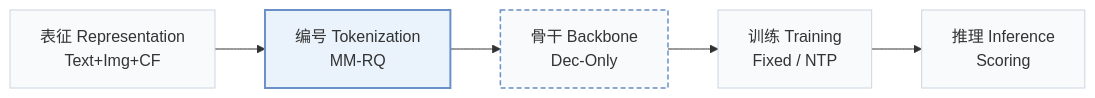
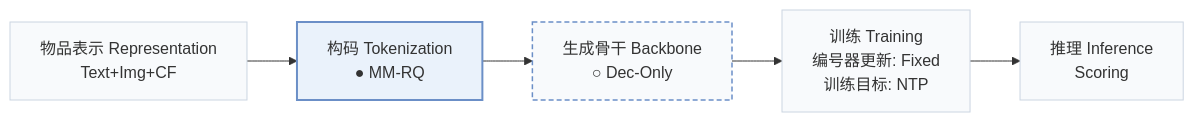
One commit to Galaxy-ghost/Awesome-SID-Generative-Rec changed the first of 2 diagrams in pages/zh/papers/mme-sid.md. Above: the diagram before and after it, drawn with Mermaid. The commit also changed other lines of this file and 558 other files, not shown here.

````diff
--- a/pages/zh/papers/mme-sid.md
+++ b/pages/zh/papers/mme-sid.md
@@ -15,10 +18,10 @@
 ```mermaid
 flowchart LR
-    R["表征 Representation<br/>Text+Img+CF"] --> T["编号 Tokenization<br/>MM-RQ"] --> B["骨干 Backbone<br/>Dec-Only"] --> TR["训练 Training<br/>Fixed / NTP"] --> I["推理 Inference<br/>Scoring"]
+    R["物品表示 Representation<br/>Text+Img+CF"] --> T["构码 Tokenization<br/>● MM-RQ"] --> B["生成骨干 Backbone<br/>○ Dec-Only"] --> TR["训练 Training<br/>编号器更新: Fixed<br/>训练目标: NTP"] --> I["推理 Inference<br/>Scoring"]
     classDef base fill:#f8fafc,stroke:#cbd5e1
     class R,T,B,TR,I base
-    classDef also fill:#f8fafc,stroke:#6b8fc7,stroke-width:1.5px,stroke-dasharray:5 3
-    class B also
+    classDef other fill:#f8fafc,stroke:#6b8fc7,stroke-width:1.5px,stroke-dasharray:5 3
+    class B other
     classDef main fill:#eaf2fb,stroke:#6b8fc7,stroke-width:2px
     class T main
 ```
````
